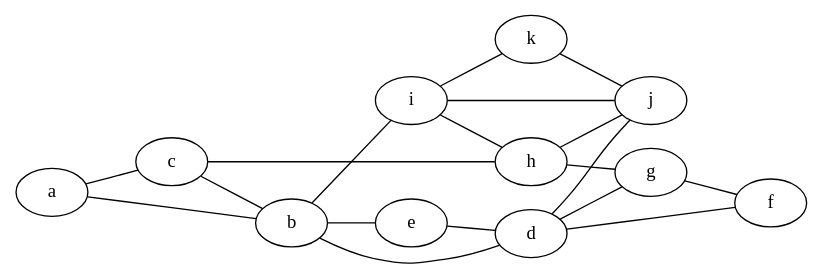
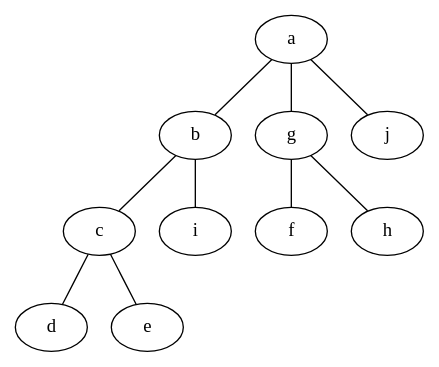
One commit to jaanos/diskretne-strukture-fim changed diagram 14 of 20 in zapiski/2020-21/2021-01-06.md. Above: the diagram before and after it, drawn with Graphviz. The commit also changed other lines of this file, not shown here.

````diff
--- a/zapiski/2020-21/2021-01-06.md
+++ b/zapiski/2020-21/2021-01-06.md
@@ -107,24 +267,13 @@
 ```graphviz
-graph G2 {
-  rankdir=LR
-
+graph T10 {
   a -- b
-  a -- c
-  c -- b
-  b -- d
-  b -- e
-  e -- d
-  d -- f
-  d -- g
+  b -- c
+  c -- d
+  c -- e
   g -- f
-  c -- h
-  h -- g
   b -- i
-  d -- j
-  i -- h
-  h -- j
-  i -- j
-  i -- k
-  k -- j
+  g -- h
+  a -- g
+  a -- j
 }
 ```
````
